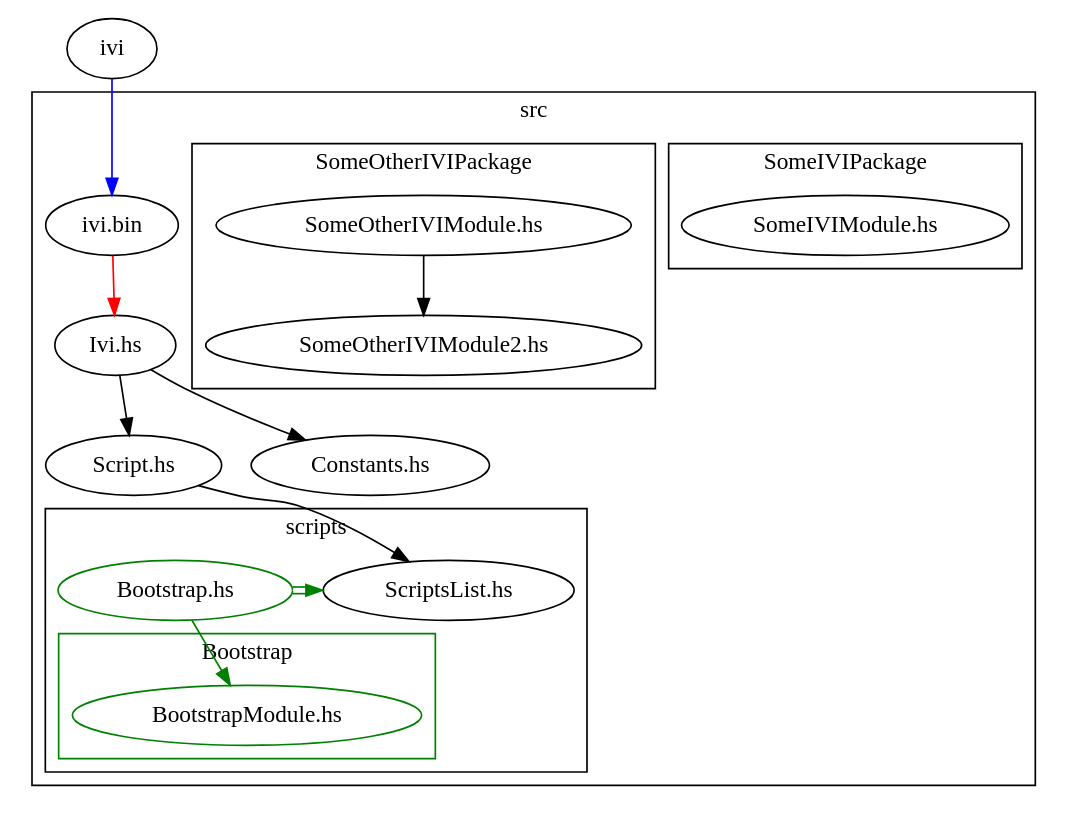
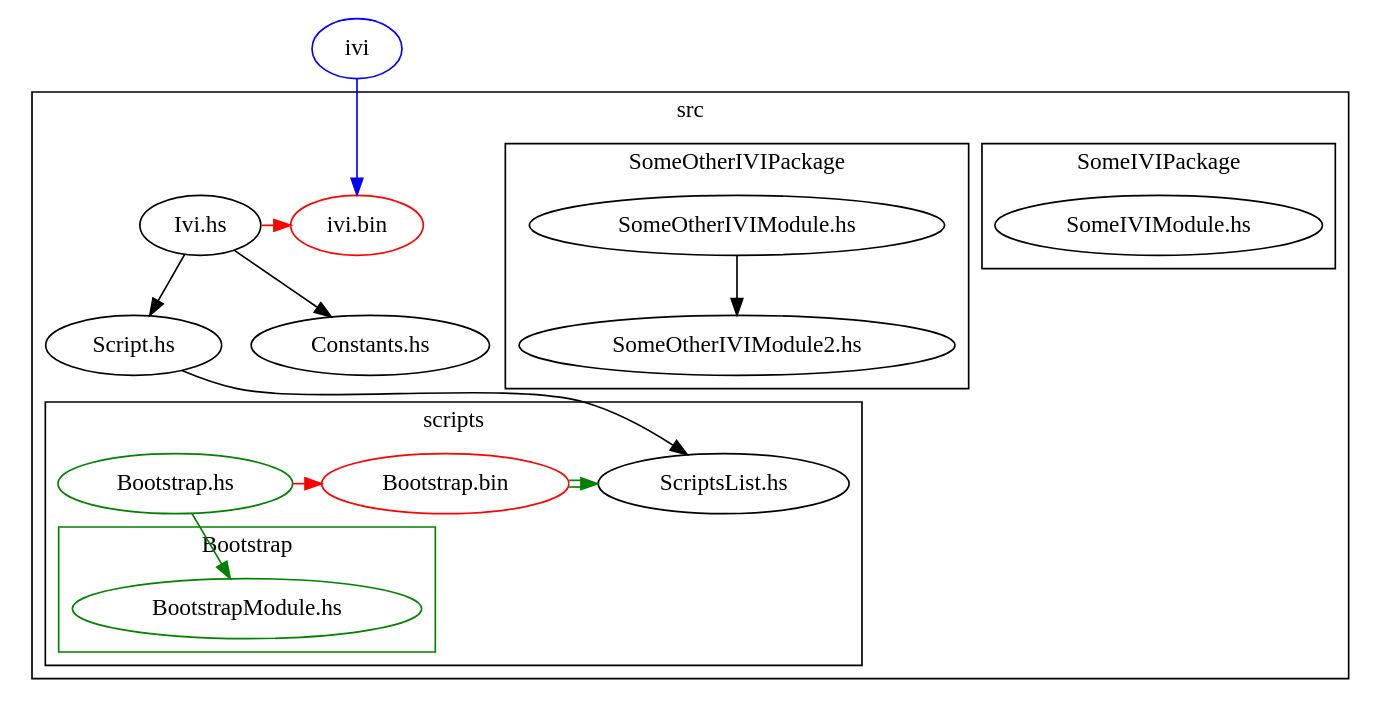
One commit to NorfairKing/IVI changed the diagram in details/dep_graph_empty.dot. Above: the diagram before and after it, drawn with Graphviz. The commit also changed 4 other files, not shown here.

```diff
--- a/details/dep_graph_empty.dot
+++ b/details/dep_graph_empty.dot
@@ -1,53 +1,57 @@
 digraph G {
-    ivilink [label="ivi"];
+    ivilink [label="ivi", color="blue"];
 
     subgraph cluster_src {
         label = "src";
         
-        ivibin [label="ivi.bin"];
+        ivibin [label="ivi.bin", color="red"];
         
         ivihs [label="Ivi.hs"];
         scripths [label="Script.hs"];
         constantshs [label="Constants.hs"];
 
+        {rank=same ivibin ivihs};
         {rank=same scripths constantshs};
 
         ivihs -> scripths;
         ivihs -> constantshs;
 
         subgraph cluster_src_scripts {
             label = "scripts";
             scriptslisths [label="ScriptsList.hs"];
 
             bootstraphs [label="Bootstrap.hs", color="green"];
-            bootstraphs -> scriptslisths [color="green:white:green"];           
+            bootstrap [label="Bootstrap.bin", color="green", color="red"];
+            bootstraphs -> bootstrap [color="red"];
+            bootstrap -> scriptslisths [color="green:white:green"];           
 
-            {rank=same scriptslisths bootstraphs};
+            {rank=same bootstraphs bootstrap scriptslisths};
 
             subgraph cluster_scr_scripts_bootstrap {
                 label = "Bootstrap";
                 color = "green";
-
+            
                 bootstrapmodulehs [label="BootstrapModule.hs",color="green"];
             }
             bootstraphs -> bootstrapmodulehs[color="green"];
-            
+
+
         }
         
 
         scripths -> scriptslisths;
     
         subgraph cluster_src_ivipackage {
             label = "SomeIVIPackage";
             ivimodule [label="SomeIVIModule.hs"];
         }
         subgraph cluster_src_otherivipackage {
             label = "SomeOtherIVIPackage";
             otherivimodule [label="SomeOtherIVIModule.hs"];
             otherivimodule2 [label="SomeOtherIVIModule2.hs"];
             otherivimodule -> otherivimodule2;
         }
     }
     ivilink ->ivibin [color="blue"];
-    ivibin -> ivihs [color="red"];
+    ivihs -> ivibin [color="red"];
 }
```
